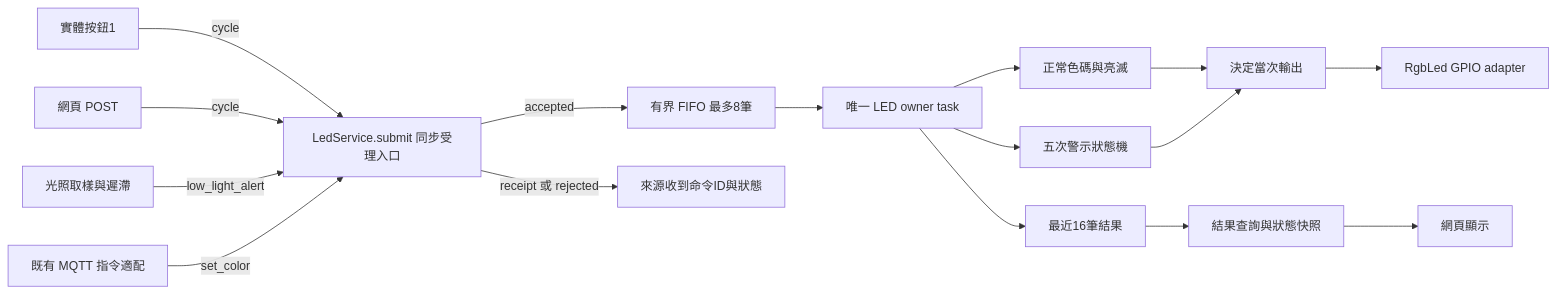
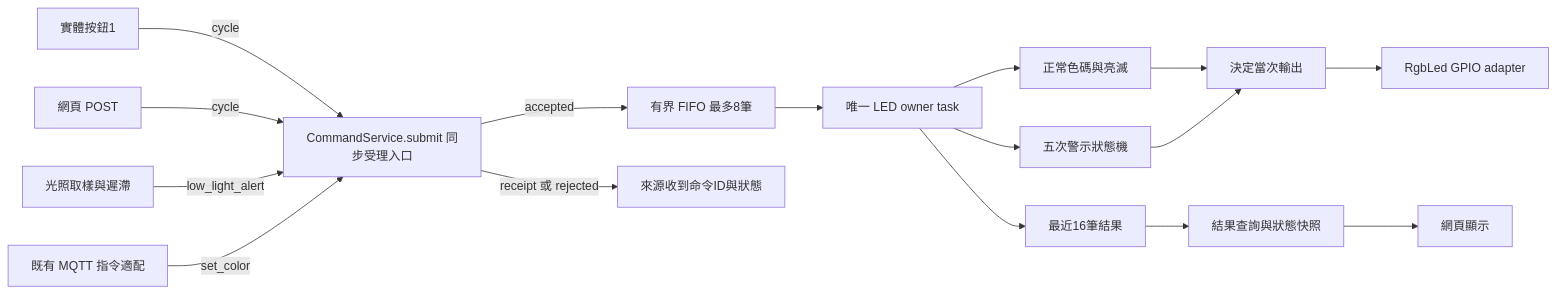
Diagram 18 of 21 in LED_SINGLE_OWNER_GUIDE.md (change918418-tech/IoT_Course), drawn with Mermaid before and after one commit. The commit also changed other lines of this file and 2 other files, not shown here.

Commit message:
docs: synchronize P1 LED guides and config instructions

````diff
--- a/LED_SINGLE_OWNER_GUIDE.md
+++ b/LED_SINGLE_OWNER_GUIDE.md
@@ -960,18 +961,18 @@
 ```mermaid
 flowchart LR
-    Button[實體按鈕1] -->|cycle| Entry[LedService.submit 同步受理入口]
+    Button[實體按鈕1] -->|cycle| Entry[CommandService.submit 同步受理入口]
     Web[網頁 POST] -->|cycle| Entry
     Light[光照取樣與遲滯] -->|low_light_alert| Entry
     Mqtt[既有 MQTT 指令適配] -->|set_color| Entry
     Entry -->|accepted| Queue[有界 FIFO 最多8筆]
     Entry -->|receipt 或 rejected| Reply[來源收到命令ID與狀態]
     Queue --> Owner[唯一 LED owner task]
     Owner --> Normal[正常色碼與亮滅]
     Owner --> Effect[五次警示狀態機]
     Normal --> Render[決定當次輸出]
     Effect --> Render
     Render --> Hardware[RgbLed GPIO adapter]
     Owner --> Results[最近16筆結果]
     Results --> Api[結果查詢與狀態快照]
     Api --> Browser[網頁顯示]
 ```
````
